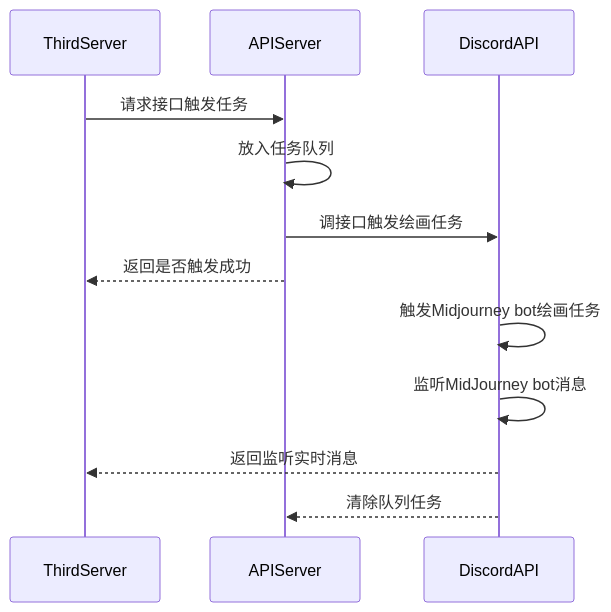
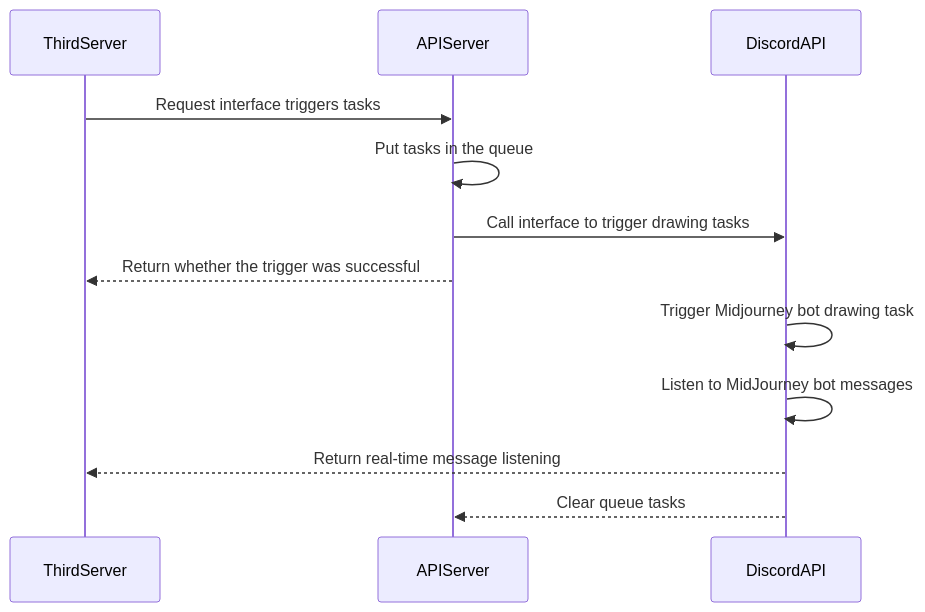
The diagram in README.md (yokonsan/midjourney-api), drawn with Mermaid before and after one commit. The commit also changed other lines of this file, not shown here.

````diff
--- a/README.md
+++ b/README.md
@@ -12,16 +11,16 @@
 ```mermaid
 sequenceDiagram
     participant ThirdServer
     participant APIServer
     participant DiscordAPI
 
-    ThirdServer->>APIServer: 请求接口触发任务
-    APIServer->>APIServer: 放入任务队列
-    APIServer->>DiscordAPI: 调接口触发绘画任务
-    APIServer-->>ThirdServer: 返回是否触发成功
+    ThirdServer->>APIServer: Request interface triggers tasks
+    APIServer->>APIServer: Put tasks in the queue
+    APIServer->>DiscordAPI: Call interface to trigger drawing tasks
+    APIServer-->>ThirdServer: Return whether the trigger was successful
 
-    DiscordAPI->>DiscordAPI: 触发Midjourney bot绘画任务
-    DiscordAPI->>DiscordAPI: 监听MidJourney bot消息
-    DiscordAPI-->>ThirdServer: 返回监听实时消息
-    DiscordAPI-->>APIServer: 清除队列任务
+    DiscordAPI->>DiscordAPI: Trigger Midjourney bot drawing task
+    DiscordAPI->>DiscordAPI: Listen to MidJourney bot messages
+    DiscordAPI-->>ThirdServer: Return real-time message listening
+    DiscordAPI-->>APIServer: Clear queue tasks
 ```
````
